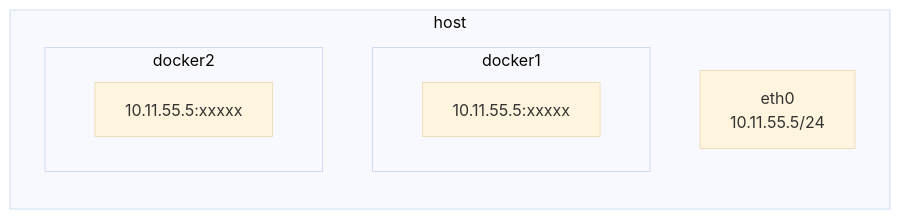
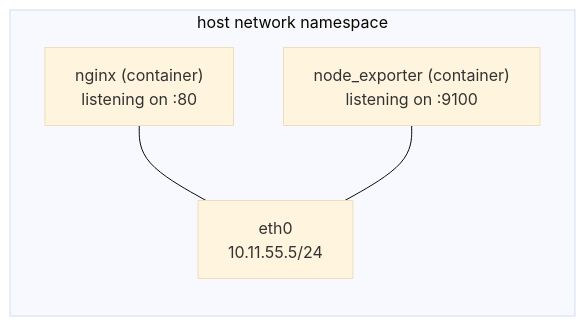
Before and after one commit to e-choness/portfolio-site: the third of 5 diagrams in _posts/2025-07-14-chapter-1-8-docker-network.md, drawn with Mermaid (base theme). The commit also changed other lines of this file and 72 other files, not shown here.

````diff
--- a/_posts/2025-07-14-chapter-1-8-docker-network.md
+++ b/_posts/2025-07-14-chapter-1-8-docker-network.md
@@ -200,17 +153,11 @@
 ```mermaid
 flowchart TB
-
-    subgraph HOST["host"]
+    subgraph HOST["host network namespace"]
         direction TB
-
-        subgraph D1["docker1"]
-            D1_ADDR["10.11.55.5:xxxxx"]
-        end
-
-        subgraph D2["docker2"]
-            D2_ADDR["10.11.55.5:xxxxx"]
-        end
-
+        n1["nginx (container)<br/>listening on :80"]
+        n2["node_exporter (container)<br/>listening on :9100"]
         ETH0["eth0<br/>10.11.55.5/24"]
+        n1 --- ETH0
+        n2 --- ETH0
     end
 ```
````
